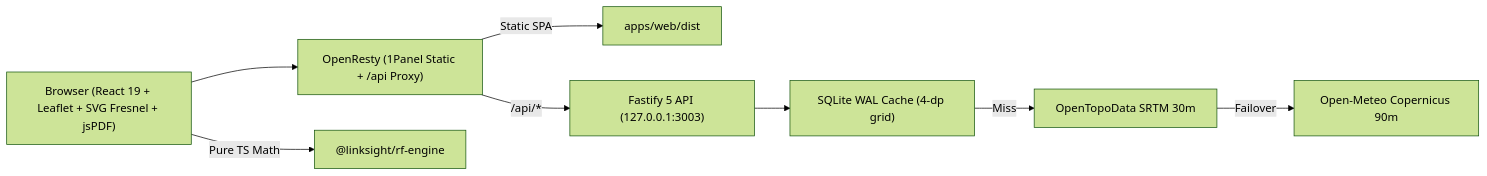
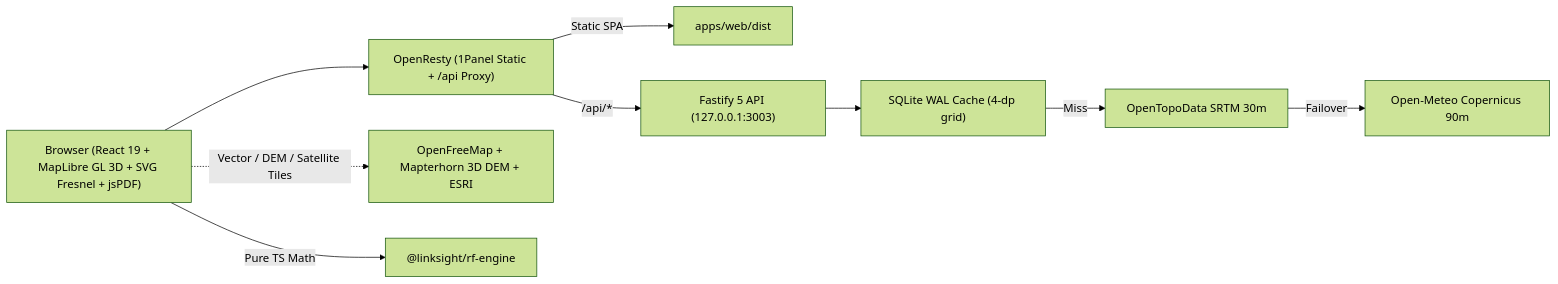
Before and after one commit to andre-sptr/rf-link-planner: the diagram in README.md, drawn with Mermaid (forest theme). The commit also changed other lines of this file, not shown here.

Commit message:
docs: update README.md for MapLibre 3D studio workbench and landing page

````diff
--- a/README.md
+++ b/README.md
@@ -21,10 +23,11 @@
 ```mermaid
 flowchart LR
-    Browser["Browser (React 19 + Leaflet + SVG Fresnel + jsPDF)"] --> OpenResty["OpenResty (1Panel Static + /api Proxy)"]
+    Browser["Browser (React 19 + MapLibre GL 3D + SVG Fresnel + jsPDF)"] --> OpenResty["OpenResty (1Panel Static + /api Proxy)"]
+    Browser -. "Vector / DEM / Satellite Tiles" .-> Tiles["OpenFreeMap + Mapterhorn 3D DEM + ESRI"]
     OpenResty -- "Static SPA" --> Dist["apps/web/dist"]
     OpenResty -- "/api/*" --> Fastify["Fastify 5 API (127.0.0.1:3003)"]
     Browser -- "Pure TS Math" --> Engine["@linksight/rf-engine"]
     Fastify --> SQLite["SQLite WAL Cache (4-dp grid)"]
     SQLite -- "Miss" --> SRTM["OpenTopoData SRTM 30m"]
     SRTM -- "Failover" --> OpenMeteo["Open-Meteo Copernicus 90m"]
 ```
````
